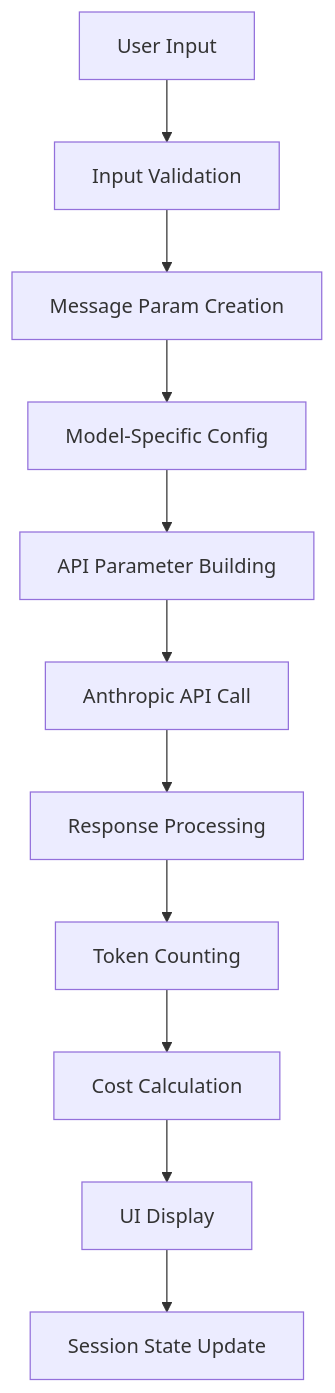
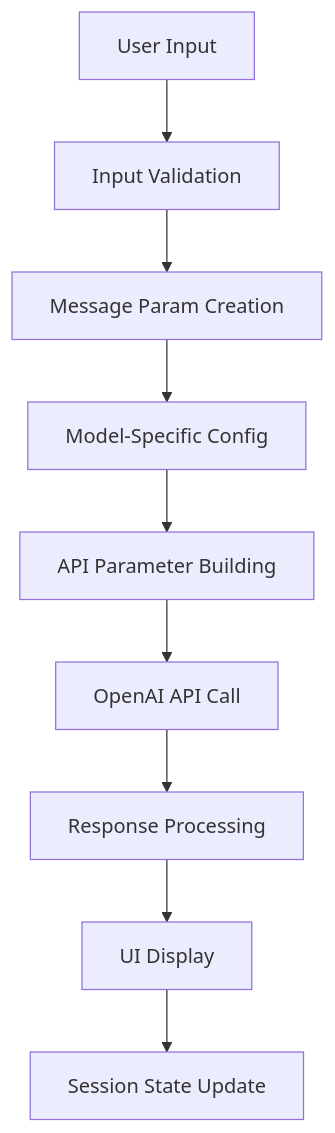
Before and after one commit to nakashima2toshio/anthropic_api_jp: the fourth of 12 diagrams in doc/a00_responses_api.md, drawn with Mermaid. The commit also changed other lines of this file and 2 other files, not shown here.

````diff
--- a/doc/a00_responses_api.md
+++ b/doc/a00_responses_api.md
@@ -122,13 +144,11 @@
 ```mermaid
 graph TD
     A["User Input"] --> B["Input Validation"]
     B --> C["Message Param Creation"]
     C --> D["Model-Specific Config"]
     D --> E["API Parameter Building"]
-    E --> F["Anthropic API Call"]
+    E --> F["OpenAI API Call"]
     F --> G["Response Processing"]
-    G --> H["Token Counting"]
-    H --> I["Cost Calculation"]
-    I --> J["UI Display"]
-    J --> K["Session State Update"]
+    G --> H["UI Display"]
+    H --> I["Session State Update"]
 ```
````
